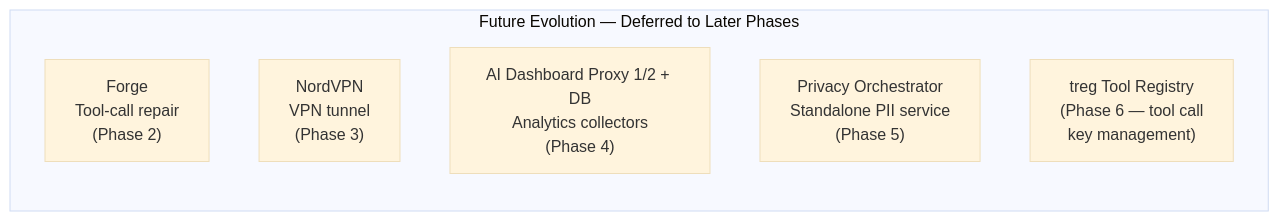
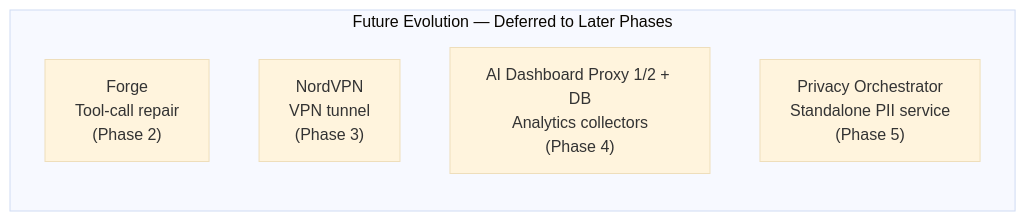
The second of 2 diagrams in shared/docs/pipelines/ai/PIPELINE-AI.md (levonk/infrahub), drawn with Mermaid (base theme) before and after one commit. The commit also changed other lines of this file and 5 other files, not shown here.

````diff
--- a/shared/docs/pipelines/ai/PIPELINE-AI.md
+++ b/shared/docs/pipelines/ai/PIPELINE-AI.md
@@ -67,10 +67,9 @@
 ```mermaid
 flowchart LR
     subgraph Future["Future Evolution — Deferred to Later Phases"]
         FORGE["Forge\nTool-call repair\n(Phase 2)"]
         NORD["NordVPN\nVPN tunnel\n(Phase 3)"]
         DASH["AI Dashboard Proxy 1/2 + DB\nAnalytics collectors\n(Phase 4)"]
         PRIV["Privacy Orchestrator\nStandalone PII service\n(Phase 5)"]
-        TREGPHASE["treg Tool Registry\n(Phase 6 — tool call\nkey management)"]
     end
 ```
````
